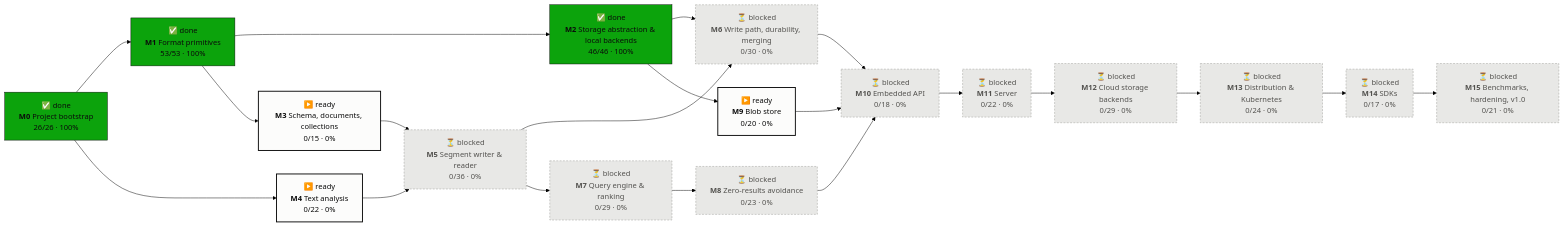
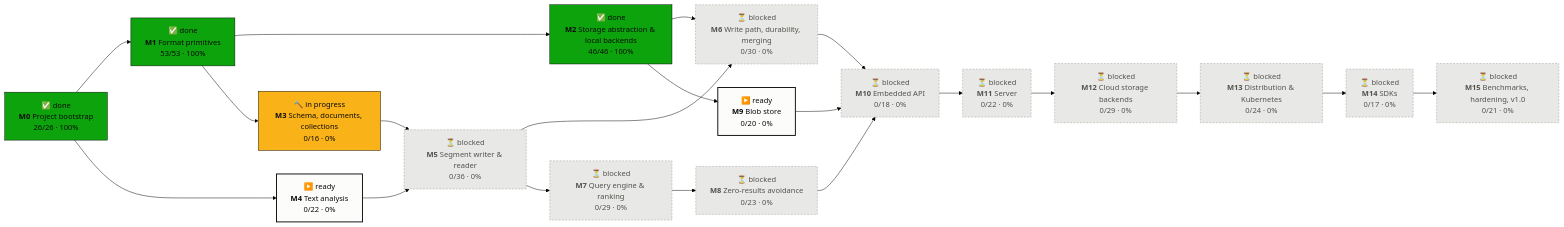
One commit to tomiok/persiaDB changed the first of 2 diagrams in PROGRESS.md. Above: the diagram before and after it, drawn with Mermaid (forest theme). The commit also changed other lines of this file and 24 other files, not shown here.

First line of the commit message:
feat(engine): collection schema model, strict JSON, schema hash and evolution (ROADMAP 3.1.1-3.1.4)

````diff
--- a/PROGRESS.md
+++ b/PROGRESS.md
@@ -14,42 +14,42 @@
 ```mermaid
 flowchart LR
   M0["✅ done<br/><b>M0</b> Project bootstrap<br/>26/26 · 100%"]:::done
   M1["✅ done<br/><b>M1</b> Format primitives<br/>53/53 · 100%"]:::done
   M2["✅ done<br/><b>M2</b> Storage abstraction & local backends<br/>46/46 · 100%"]:::done
-  M3["▶️ ready<br/><b>M3</b> Schema, documents, collections<br/>0/15 · 0%"]:::ready
+  M3["🔨 in progress<br/><b>M3</b> Schema, documents, collections<br/>0/16 · 0%"]:::doing
   M4["▶️ ready<br/><b>M4</b> Text analysis<br/>0/22 · 0%"]:::ready
   M5["⏳ blocked<br/><b>M5</b> Segment writer & reader<br/>0/36 · 0%"]:::blocked
   M6["⏳ blocked<br/><b>M6</b> Write path, durability, merging<br/>0/30 · 0%"]:::blocked
   M7["⏳ blocked<br/><b>M7</b> Query engine & ranking<br/>0/29 · 0%"]:::blocked
   M8["⏳ blocked<br/><b>M8</b> Zero-results avoidance<br/>0/23 · 0%"]:::blocked
   M9["▶️ ready<br/><b>M9</b> Blob store<br/>0/20 · 0%"]:::ready
   M10["⏳ blocked<br/><b>M10</b> Embedded API<br/>0/18 · 0%"]:::blocked
   M11["⏳ blocked<br/><b>M11</b> Server<br/>0/22 · 0%"]:::blocked
   M12["⏳ blocked<br/><b>M12</b> Cloud storage backends<br/>0/29 · 0%"]:::blocked
   M13["⏳ blocked<br/><b>M13</b> Distribution & Kubernetes<br/>0/24 · 0%"]:::blocked
   M14["⏳ blocked<br/><b>M14</b> SDKs<br/>0/17 · 0%"]:::blocked
   M15["⏳ blocked<br/><b>M15</b> Benchmarks, hardening, v1.0<br/>0/21 · 0%"]:::blocked
   M0 --> M1
   M1 --> M2
   M1 --> M3
   M0 --> M4
   M3 --> M5
   M4 --> M5
   M2 --> M6
   M5 --> M6
   M5 --> M7
   M7 --> M8
   M2 --> M9
   M6 --> M10
   M8 --> M10
   M9 --> M10
   M10 --> M11
   M11 --> M12
   M12 --> M13
   M13 --> M14
   M14 --> M15
   classDef done fill:#0ca30c,stroke:#0b0b0b,color:#0b0b0b
   classDef doing fill:#fab219,stroke:#0b0b0b,color:#0b0b0b
   classDef ready fill:#fcfcfb,stroke:#0b0b0b,stroke-width:2px,color:#0b0b0b
   classDef blocked fill:#e8e8e6,stroke:#9a9a96,stroke-dasharray:4 3,color:#52514e
 ```
````
